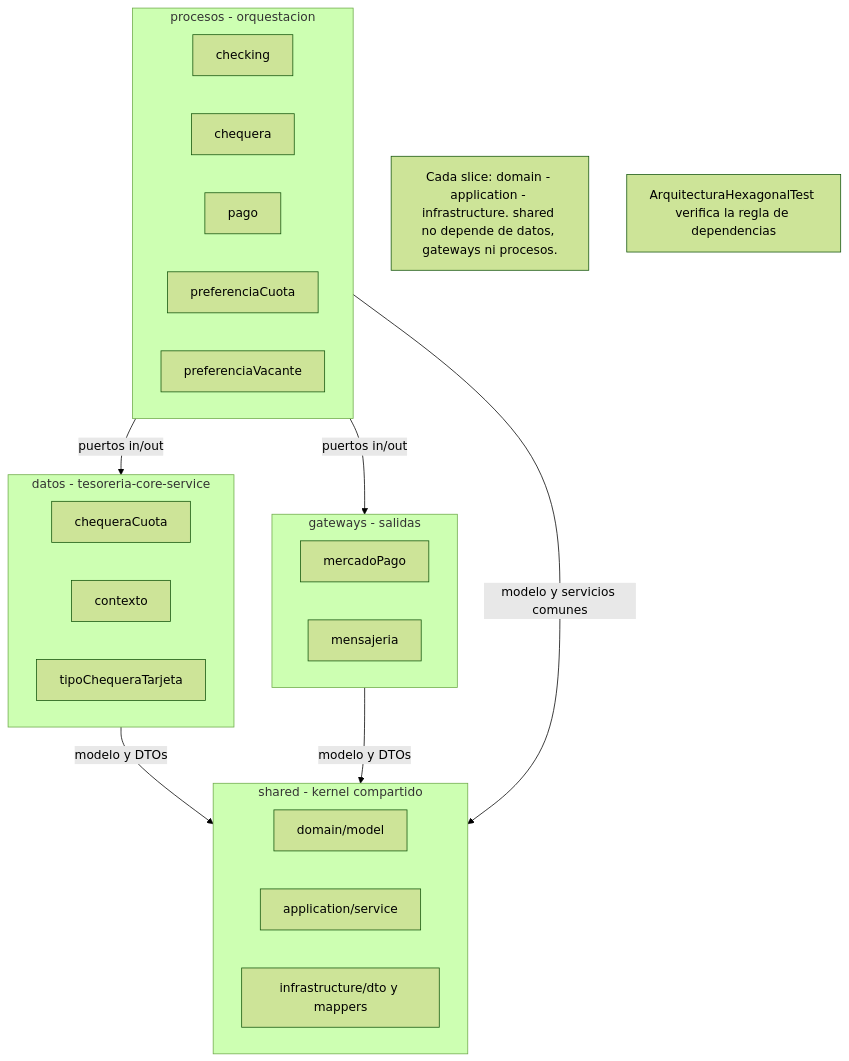
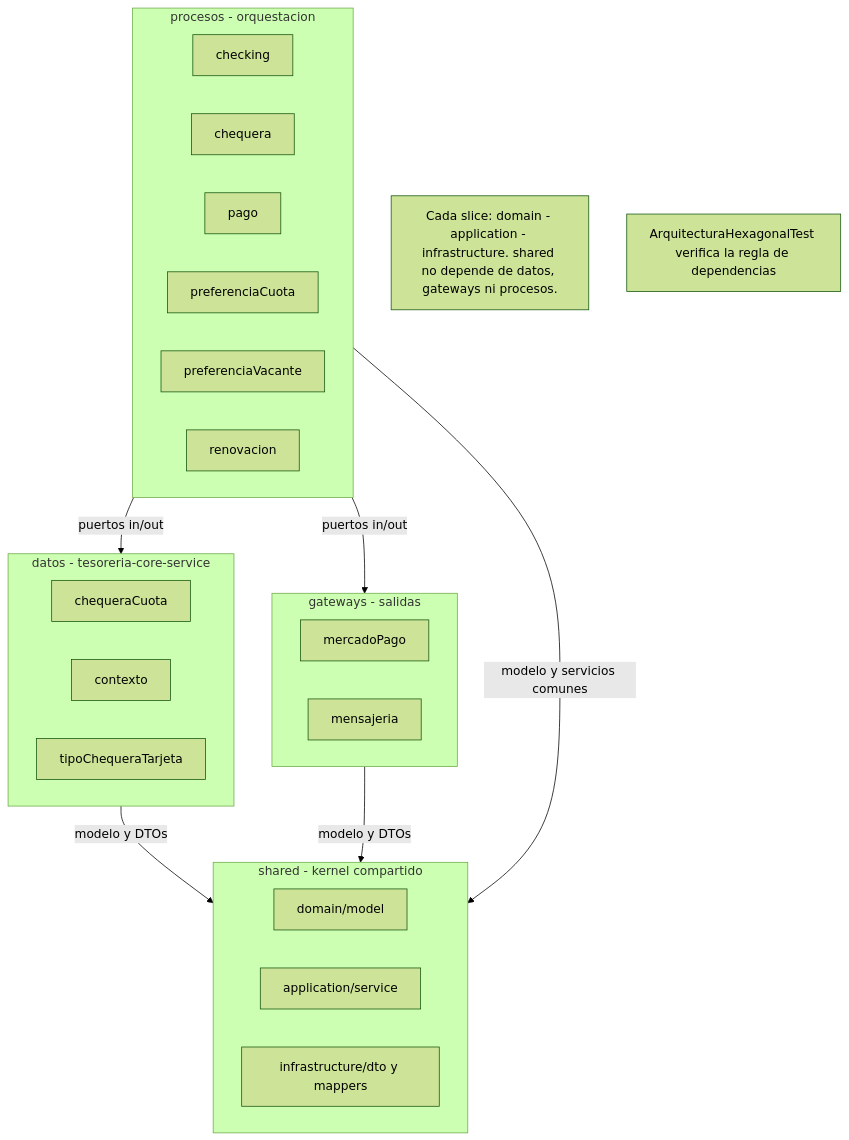
Before and after one commit to UM-services/UM.tesoreria.mercadopago-service: the diagram in docs/diagrams/arquitectura-hexagonal.mmd, drawn with Mermaid (forest theme). The commit also changed 4 other files, not shown here.

```diff
--- a/docs/diagrams/arquitectura-hexagonal.mmd
+++ b/docs/diagrams/arquitectura-hexagonal.mmd
@@ -1,38 +1,39 @@
 flowchart TB
     subgraph Procesos["procesos - orquestacion"]
         direction LR
         PCH["checking"]
         PQU["chequera"]
         PPA["pago"]
         PCU["preferenciaCuota"]
         PVA["preferenciaVacante"]
+        PRR["renovacion"]
     end
 
     subgraph Datos["datos - tesoreria-core-service"]
         direction LR
         DCH["chequeraCuota"]
         DCX["contexto"]
         DTC["tipoChequeraTarjeta"]
     end
 
     subgraph Gateways["gateways - salidas"]
         direction LR
         GMP["mercadoPago"]
         GMS["mensajeria"]
     end
 
     subgraph Shared["shared - kernel compartido"]
         direction LR
         SDM["domain/model"]
         SAS["application/service"]
         SDT["infrastructure/dto y mappers"]
     end
 
     Procesos -->|"puertos in/out"| Datos
     Procesos -->|"puertos in/out"| Gateways
     Datos -->|"modelo y DTOs"| Shared
     Gateways -->|"modelo y DTOs"| Shared
     Procesos -->|"modelo y servicios comunes"| Shared
 
     Regla["Cada slice: domain - application - infrastructure. shared no depende de datos, gateways ni procesos."]
     Test["ArquitecturaHexagonalTest verifica la regla de dependencias"]
```
